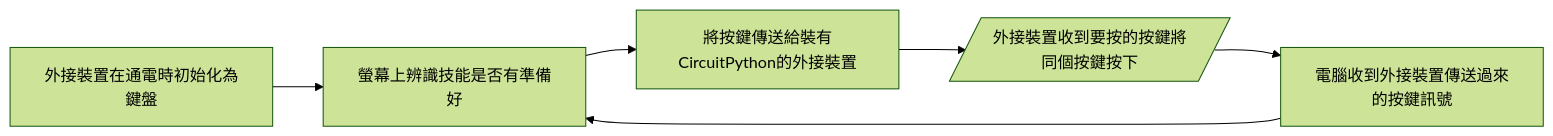
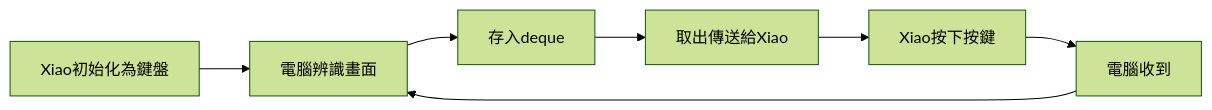
Before and after one commit to abc21086999/maple_script: the diagram in README.md, drawn with Mermaid. The commit also changed other lines of this file, not shown here.

````diff
--- a/README.md
+++ b/README.md
@@ -5,22 +5,25 @@
 ```mermaid
 %%{init: {'theme': 'forest'} }%%
 graph LR;
 
 %% 第一步 []
-step1[外接裝置在通電時初始化為鍵盤]
+step1[Xiao初始化為鍵盤]
 
 %% 第二步 []
-step2[螢幕上辨識技能是否有準備好]
+step2[電腦辨識畫面]
 
 %% 第三步 []
-step3[將按鍵傳送給裝有CircuitPython的外接裝置]
+step3[存入deque]
 
-%% 第四步 [//]
-step4[/外接裝置收到要按的按鍵將同個按鍵按下/]
+%% 第四步 []
+step4[取出傳送給Xiao]
 
 %% 第五步 []
-step5[電腦收到外接裝置傳送過來的按鍵訊號]
+step5[Xiao按下按鍵]
+
+%% 第六步 []
+step6[電腦收到]
 
 %% 流程線 -->
-step1 --> step2 --> step3 --> step4 --> step5 --> step2
+step1 --> step2 --> step3 --> step4 --> step5 --> step6 --> step2
 ```
````
